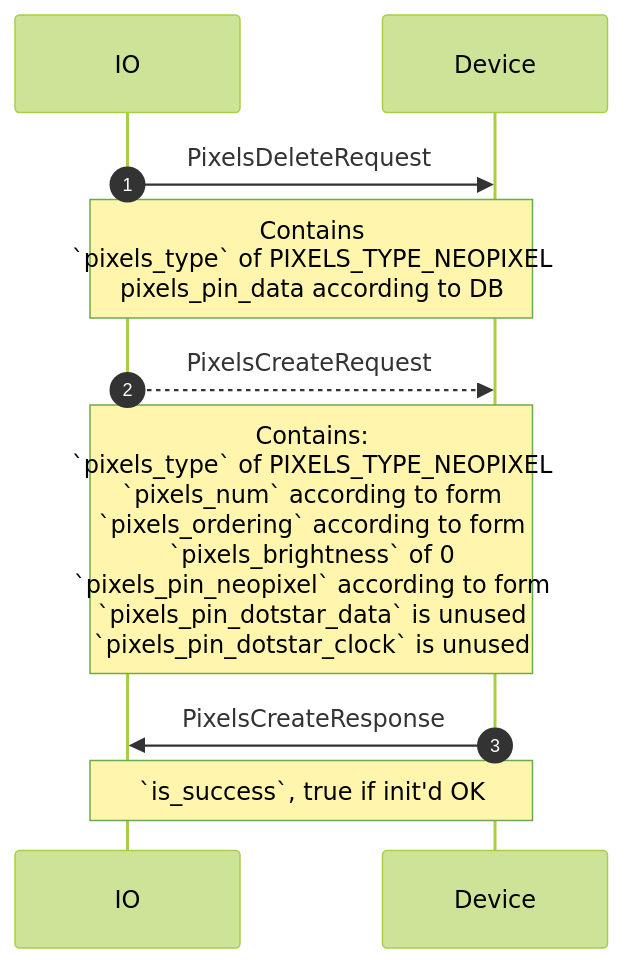
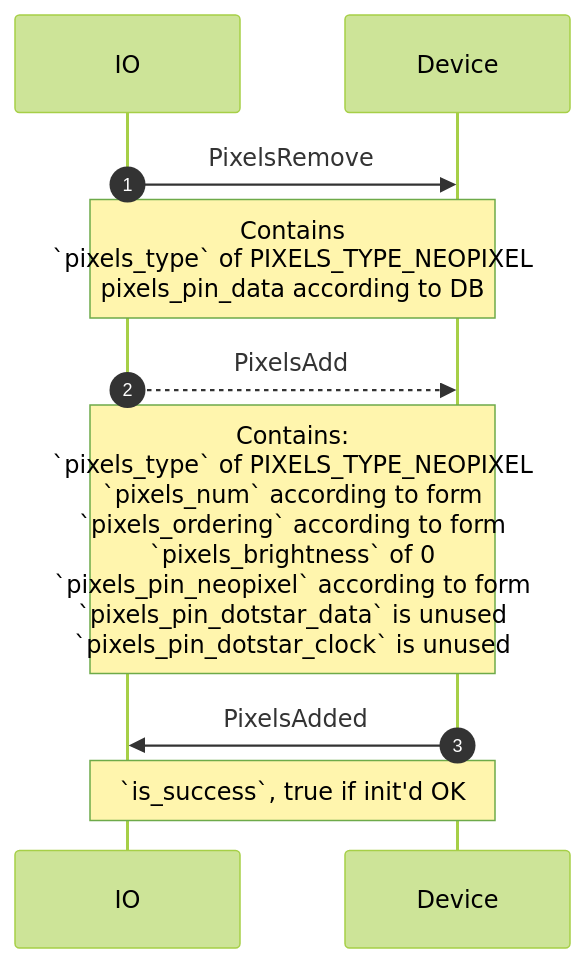
One commit to adafruit/Wippersnapper_Protobuf changed the third of 10 diagrams in proto/wippersnapper/docs/pixels.md. Above: the diagram before and after it, drawn with Mermaid (forest theme). The commit also changed other lines of this file and 6 other files, not shown here.

````diff
--- a/proto/wippersnapper/docs/pixels.md
+++ b/proto/wippersnapper/docs/pixels.md
@@ -35,10 +35,10 @@
 ```mermaid
 sequenceDiagram
 autonumber
-IO->>Device: PixelsDeleteRequest
+IO->>Device: PixelsRemove
 Note over IO, Device: Contains<br> `pixels_type` of PIXELS_TYPE_NEOPIXEL<br>pixels_pin_data according to DB
-IO-->>Device: PixelsCreateRequest
+IO-->>Device: PixelsAdd
 Note over IO, Device: Contains:<br> `pixels_type` of PIXELS_TYPE_NEOPIXEL<br>`pixels_num` according to form<br>`pixels_ordering` according to form<br> `pixels_brightness` of 0<br>`pixels_pin_neopixel` according to form<br> `pixels_pin_dotstar_data` is unused<br>`pixels_pin_dotstar_clock` is unused
-Device->>IO: PixelsCreateResponse
+Device->>IO: PixelsAdded
 Note over Device,IO: `is_success`, true if init'd OK
 ```
````
